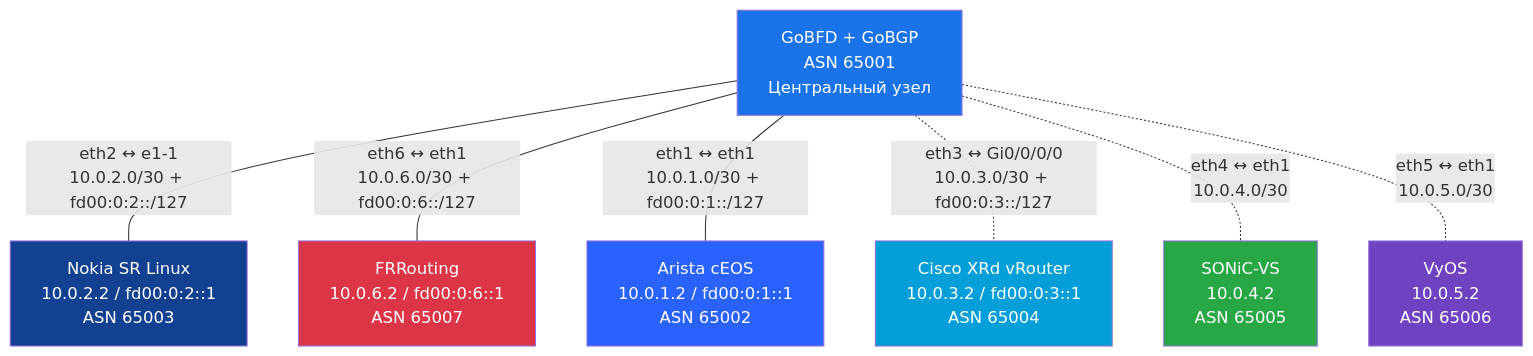
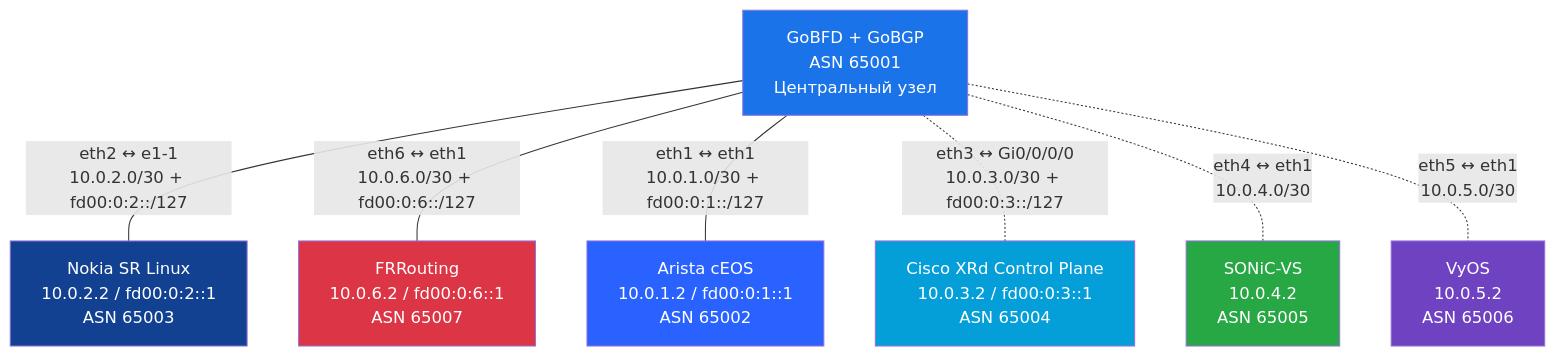
The fifth of 5 diagrams in docs/ru/05-interop.md (dantte-lp/gobfd), drawn with Mermaid before and after one commit. The commit also changed other lines of this file and 13 other files, not shown here.

````diff
--- a/docs/ru/05-interop.md
+++ b/docs/ru/05-interop.md
@@ -350,26 +350,26 @@
 ```mermaid
 graph TD
     GOBFD["GoBFD + GoBGP<br/>ASN 65001<br/>Центральный узел"]
 
     NOKIA["Nokia SR Linux<br/>10.0.2.2 / fd00:0:2::1<br/>ASN 65003"]
     FRR["FRRouting<br/>10.0.6.2 / fd00:0:6::1<br/>ASN 65007"]
     ARISTA["Arista cEOS<br/>10.0.1.2 / fd00:0:1::1<br/>ASN 65002"]
-    CISCO["Cisco XRd vRouter<br/>10.0.3.2 / fd00:0:3::1<br/>ASN 65004"]
+    CISCO["Cisco XRd Control Plane<br/>10.0.3.2 / fd00:0:3::1<br/>ASN 65004"]
     SONIC["SONiC-VS<br/>10.0.4.2<br/>ASN 65005"]
     VYOS["VyOS<br/>10.0.5.2<br/>ASN 65006"]
 
     GOBFD ---|"eth2 ↔ e1-1<br/>10.0.2.0/30 + fd00:0:2::/127"| NOKIA
     GOBFD ---|"eth6 ↔ eth1<br/>10.0.6.0/30 + fd00:0:6::/127"| FRR
     GOBFD ---|"eth1 ↔ eth1<br/>10.0.1.0/30 + fd00:0:1::/127"| ARISTA
     GOBFD -.-|"eth3 ↔ Gi0/0/0/0<br/>10.0.3.0/30 + fd00:0:3::/127"| CISCO
     GOBFD -.-|"eth4 ↔ eth1<br/>10.0.4.0/30"| SONIC
     GOBFD -.-|"eth5 ↔ eth1<br/>10.0.5.0/30"| VYOS
 
     style GOBFD fill:#1a73e8,color:#fff
     style NOKIA fill:#124191,color:#fff
     style FRR fill:#dc3545,color:#fff
     style ARISTA fill:#2962FF,color:#fff
     style CISCO fill:#049FD9,color:#fff
     style SONIC fill:#28a745,color:#fff
     style VYOS fill:#6f42c1,color:#fff
 ```
````
